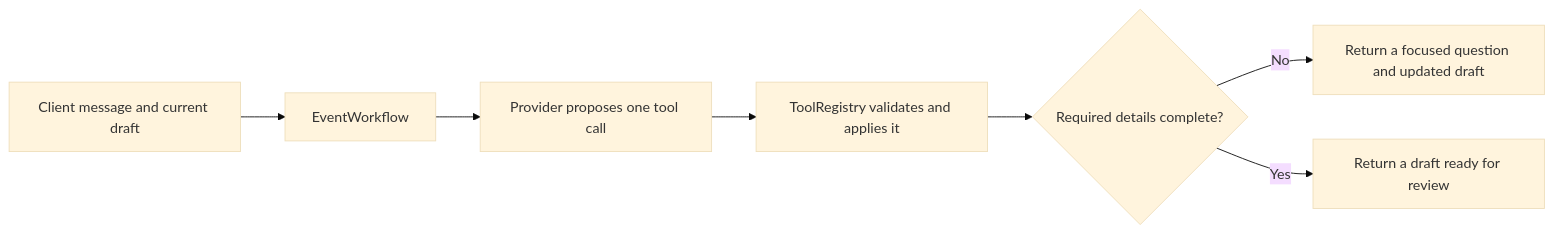
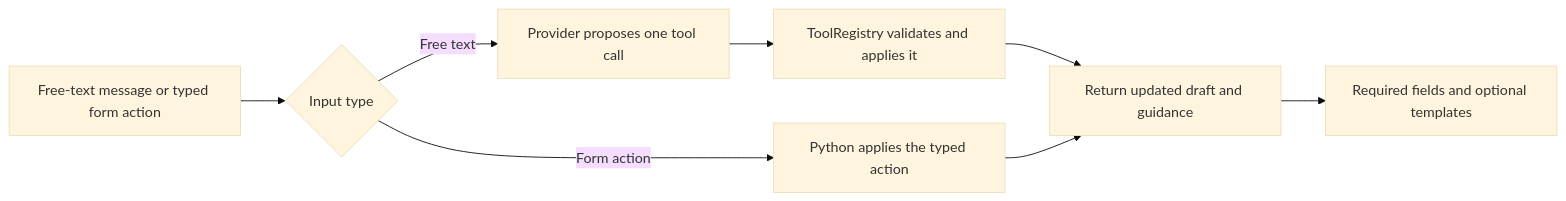
Before and after one commit to riccardo-pala/kairos: the diagram in docs/technology/architecture.md, drawn with Mermaid (base theme). The commit also changed other lines of this file and 28 other files, not shown here.

Commit message:
Add draft guidance and modularize backend packages

````diff
--- a/docs/technology/architecture.md
+++ b/docs/technology/architecture.md
@@ -25,9 +25,10 @@
 ```mermaid
 flowchart LR
-    A["Client message and current draft"] --> B["EventWorkflow"]
-    B --> C["Provider proposes one tool call"]
+    A["Free-text message or typed form action"] --> B{"Input type"}
+    B -->|Free text| C["Provider proposes one tool call"]
     C --> D["ToolRegistry validates and applies it"]
-    D --> E{"Required details complete?"}
-    E -->|No| F["Return a focused question and updated draft"]
-    E -->|Yes| G["Return a draft ready for review"]
+    B -->|Form action| E["Python applies the typed action"]
+    D --> F["Return updated draft and guidance"]
+    E --> F
+    F --> G["Required fields and optional templates"]
 ```
````
